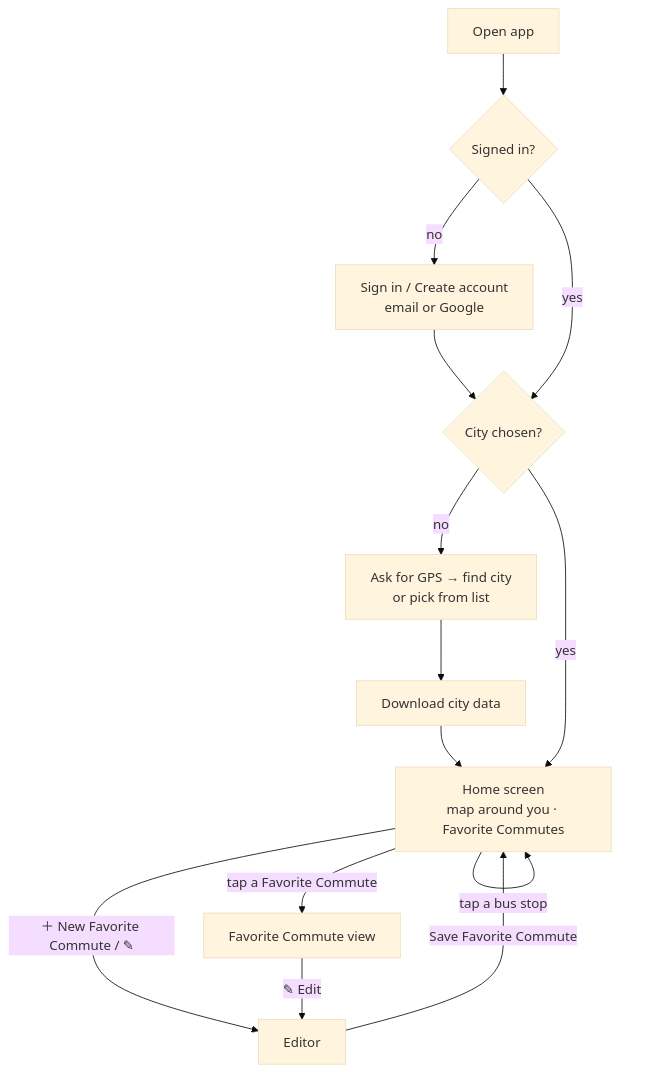
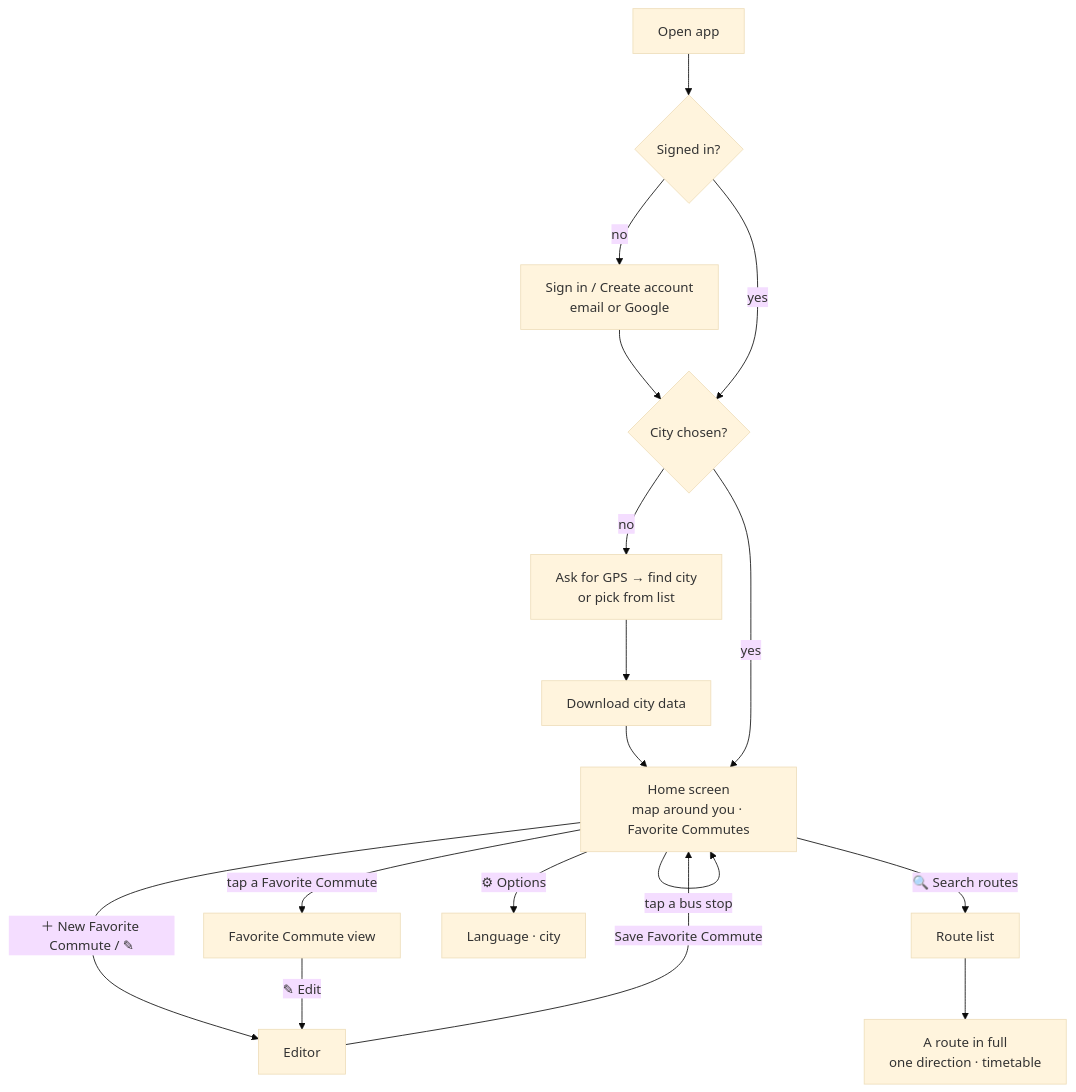
Before and after one commit to eilonlevin3/Knight-Bus: the first of 2 diagrams in docs/user-flows.md, drawn with Mermaid (base theme). The commit also changed other lines of this file and 37 other files, not shown here.

First line of the commit message:
Hebrew, route search, switch direction, Options; "route" wording on screen

````diff
--- a/docs/user-flows.md
+++ b/docs/user-flows.md
@@ -5,16 +5,18 @@
 ```mermaid
 flowchart TD
   A[Open app] --> B{Signed in?}
   B -- no --> L[Sign in / Create account<br/>email or Google]
   L --> C
   B -- yes --> C{City chosen?}
   C -- no --> G[Ask for GPS → find city<br/>or pick from list]
   G --> D[Download city data]
   D --> M
   C -- yes --> M[Home screen<br/>map around you · Favorite Commutes]
   M -- ＋ New Favorite Commute / ✎ --> E[Editor]
   M -- tap a Favorite Commute --> V[Favorite Commute view]
   M -- tap a bus stop --> M
+  M -- 🔍 Search routes --> S[Route list] --> R[A route in full<br/>one direction · timetable]
+  M -- ⚙ Options --> O[Language · city]
   V -- ✎ Edit --> E
   E -- Save Favorite Commute --> M
 ```
````
